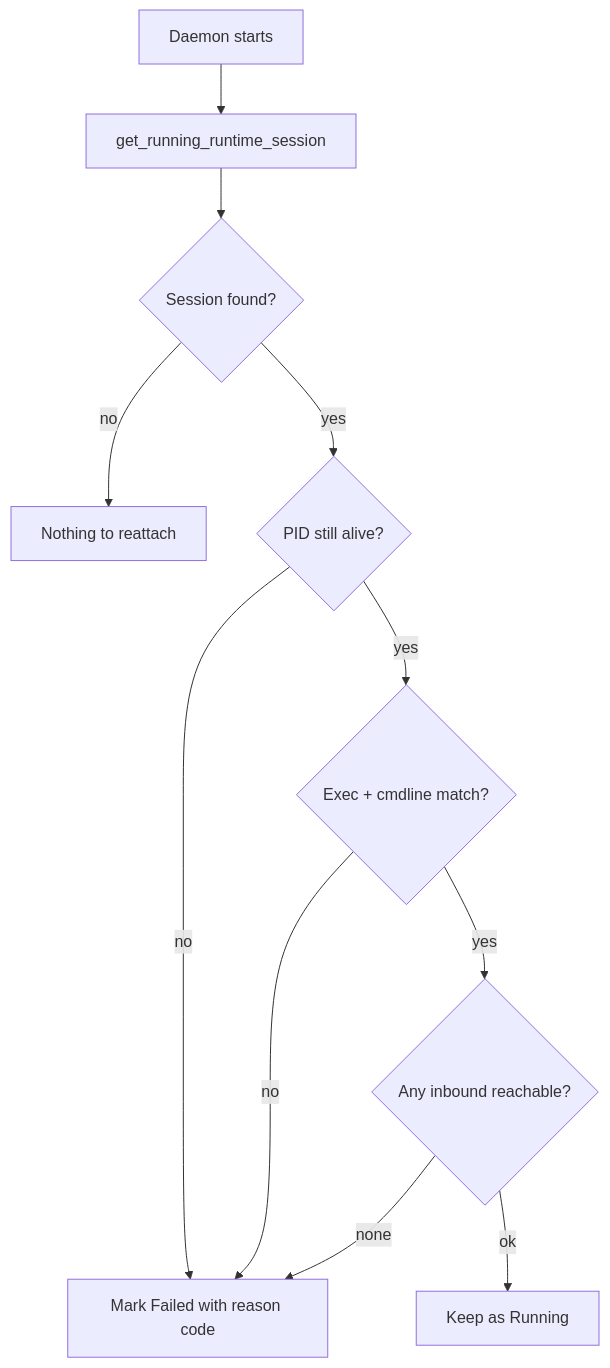
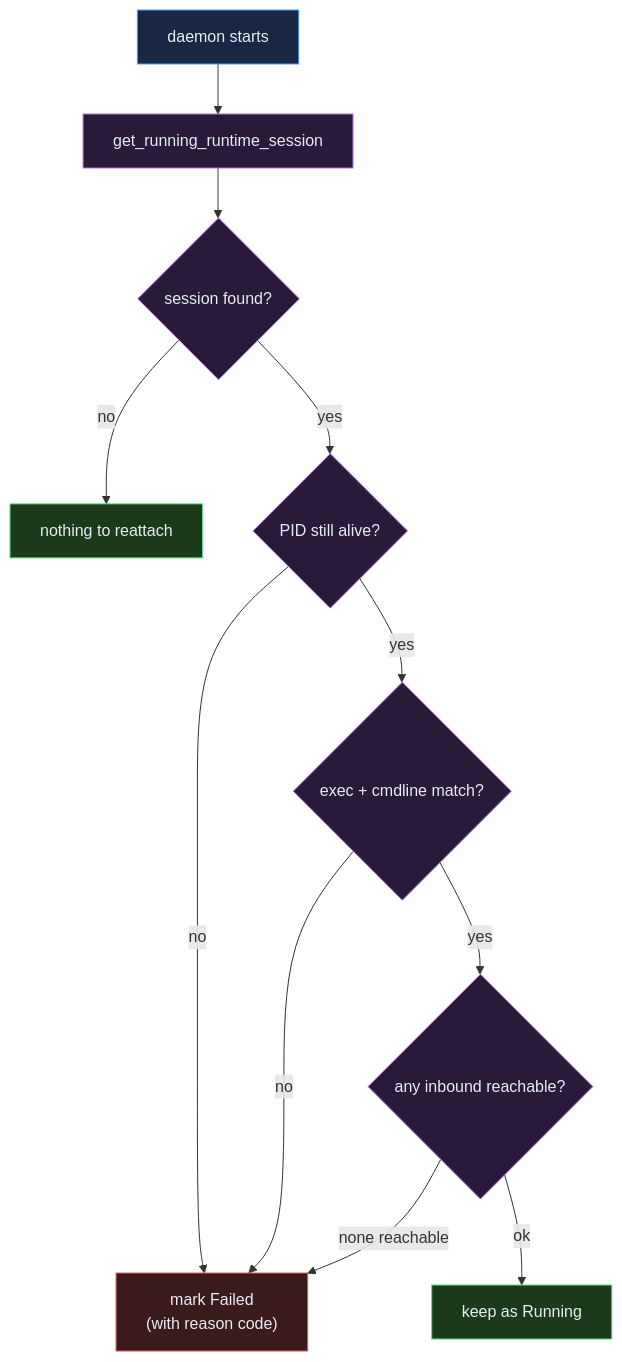
One commit to mhyrzt/xrat changed the fourth of 4 diagrams in docs/src/06-architecture/runtime-lifecycle.md. Above: the diagram before and after it, drawn with Mermaid. The commit also changed other lines of this file and 16 other files, not shown here.

````diff
--- a/docs/src/06-architecture/runtime-lifecycle.md
+++ b/docs/src/06-architecture/runtime-lifecycle.md
@@ -171,23 +187,27 @@
 ```mermaid
 flowchart TD
-    START[Daemon starts]
-    LOAD[get_running_runtime_session]
-    FOUND{Session found?}
-    NO[Nothing to reattach]
-    CHECK_PID{PID still alive?}
-    VALIDATE{Exec + cmdline match?}
-    HEALTH{Any inbound reachable?}
-    RECONCILE[Keep as Running]
-    STALE[Mark Failed with reason code]
+    classDef start fill:#1a2744,stroke:#4a9eff,color:#e6edf3
+    classDef check fill:#2a1a3a,stroke:#b070df,color:#e6edf3
+    classDef ok    fill:#1a3a1a,stroke:#5bdf8a,color:#e6edf3
+    classDef fail  fill:#3a1a1a,stroke:#df5b5b,color:#e6edf3
 
-    START --> LOAD
-    LOAD --> FOUND
-    FOUND -- no --> NO
-    FOUND -- yes --> CHECK_PID
-    CHECK_PID -- no --> STALE
-    CHECK_PID -- yes --> VALIDATE
-    VALIDATE -- no --> STALE
-    VALIDATE -- yes --> HEALTH
-    HEALTH -- ok --> RECONCILE
-    HEALTH -- none --> STALE
+    START["daemon starts"]:::start
+    LOAD["get_running_runtime_session"]:::check
+    FOUND{"session found?"}:::check
+    NO["nothing to reattach"]:::ok
+    CHECK_PID{"PID still alive?"}:::check
+    VALIDATE{"exec + cmdline match?"}:::check
+    HEALTH{"any inbound reachable?"}:::check
+    RECONCILE["keep as Running"]:::ok
+    STALE["mark Failed\n(with reason code)"]:::fail
+
+    START --> LOAD --> FOUND
+    FOUND -- "no"  --> NO
+    FOUND -- "yes" --> CHECK_PID
+    CHECK_PID -- "no"  --> STALE
+    CHECK_PID -- "yes" --> VALIDATE
+    VALIDATE  -- "no"  --> STALE
+    VALIDATE  -- "yes" --> HEALTH
+    HEALTH    -- "ok"  --> RECONCILE
+    HEALTH    -- "none reachable" --> STALE
 ```
````
